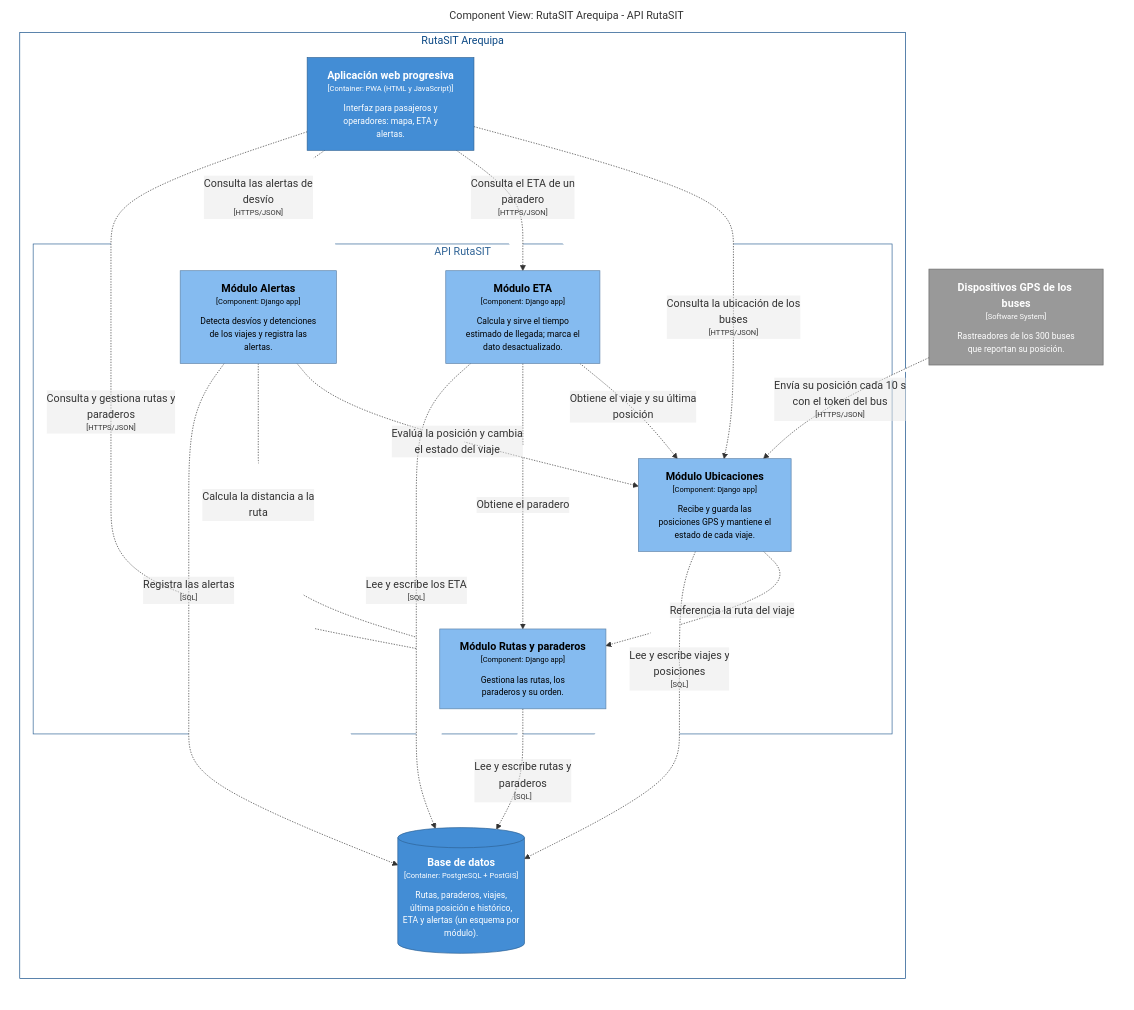
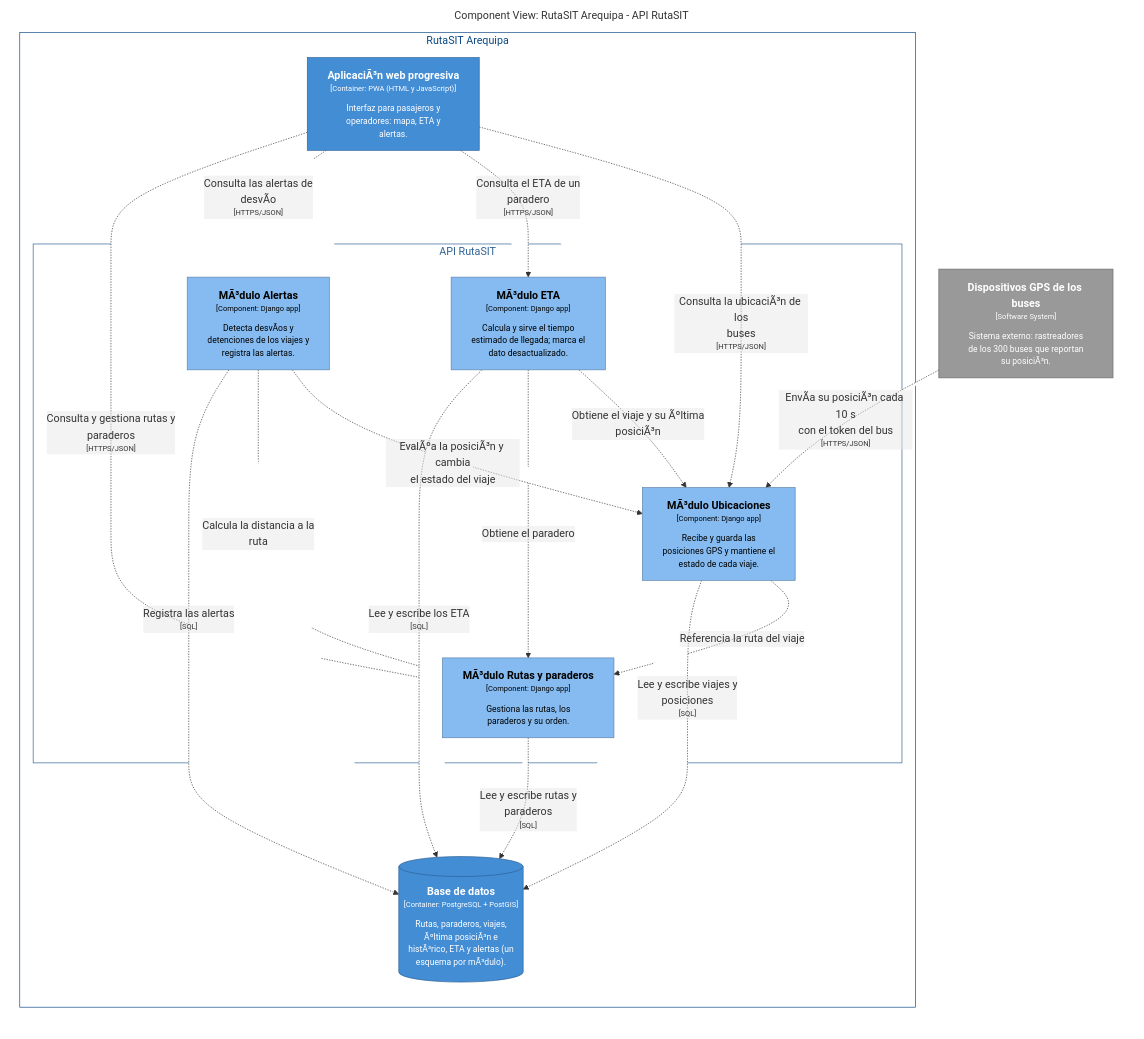
Before and after one commit to Camila-Alarico/cs-2026b-lab04--grupo06: the diagram in docs/architecture/c4/export/structurizr-Componentes.mmd, drawn with Mermaid. The commit also changed 15 other files, not shown here.

```diff
--- a/docs/architecture/c4/export/structurizr-Componentes.mmd
+++ b/docs/architecture/c4/export/structurizr-Componentes.mmd
@@ -1,47 +1,47 @@
 graph LR
   linkStyle default fill:#ffffff
 
   subgraph diagram ["Component View: RutaSIT Arequipa - API RutaSIT"]
     style diagram fill:#ffffff,stroke:#ffffff
 
-    11["<div style='font-weight: bold'>Dispositivos GPS de los buses</div><div style='font-size: 70%; margin-top: 0px'>[Software System]</div><div style='font-size: 80%; margin-top:10px'>Rastreadores de los 300 buses<br />que reportan su posición.</div>"]
+    11["<div style='font-weight: bold'>Dispositivos GPS de los buses</div><div style='font-size: 70%; margin-top: 0px'>[Software System]</div><div style='font-size: 80%; margin-top:10px'>Sistema externo: rastreadores<br />de los 300 buses que reportan<br />su posiciÃ³n.</div>"]
     style 11 fill:#999999,stroke:#6b6b6b,color:#ffffff
 
     subgraph 3 ["RutaSIT Arequipa"]
       style 3 fill:#ffffff,stroke:#0b4884,color:#0b4884
 
       subgraph 5 ["API RutaSIT"]
         style 5 fill:#ffffff,stroke:#2e6295,color:#2e6295
 
-        6["<div style='font-weight: bold'>Módulo Ubicaciones</div><div style='font-size: 70%; margin-top: 0px'>[Component: Django app]</div><div style='font-size: 80%; margin-top:10px'>Recibe y guarda las<br />posiciones GPS y mantiene el<br />estado de cada viaje.</div>"]
+        6["<div style='font-weight: bold'>MÃ³dulo Ubicaciones</div><div style='font-size: 70%; margin-top: 0px'>[Component: Django app]</div><div style='font-size: 80%; margin-top:10px'>Recibe y guarda las<br />posiciones GPS y mantiene el<br />estado de cada viaje.</div>"]
         style 6 fill:#85bbf0,stroke:#5d82a8,color:#000000
-        7["<div style='font-weight: bold'>Módulo Rutas y paraderos</div><div style='font-size: 70%; margin-top: 0px'>[Component: Django app]</div><div style='font-size: 80%; margin-top:10px'>Gestiona las rutas, los<br />paraderos y su orden.</div>"]
+        7["<div style='font-weight: bold'>MÃ³dulo Rutas y paraderos</div><div style='font-size: 70%; margin-top: 0px'>[Component: Django app]</div><div style='font-size: 80%; margin-top:10px'>Gestiona las rutas, los<br />paraderos y su orden.</div>"]
         style 7 fill:#85bbf0,stroke:#5d82a8,color:#000000
-        8["<div style='font-weight: bold'>Módulo ETA</div><div style='font-size: 70%; margin-top: 0px'>[Component: Django app]</div><div style='font-size: 80%; margin-top:10px'>Calcula y sirve el tiempo<br />estimado de llegada; marca el<br />dato desactualizado.</div>"]
+        8["<div style='font-weight: bold'>MÃ³dulo ETA</div><div style='font-size: 70%; margin-top: 0px'>[Component: Django app]</div><div style='font-size: 80%; margin-top:10px'>Calcula y sirve el tiempo<br />estimado de llegada; marca el<br />dato desactualizado.</div>"]
         style 8 fill:#85bbf0,stroke:#5d82a8,color:#000000
-        9["<div style='font-weight: bold'>Módulo Alertas</div><div style='font-size: 70%; margin-top: 0px'>[Component: Django app]</div><div style='font-size: 80%; margin-top:10px'>Detecta desvíos y detenciones<br />de los viajes y registra las<br />alertas.</div>"]
+        9["<div style='font-weight: bold'>MÃ³dulo Alertas</div><div style='font-size: 70%; margin-top: 0px'>[Component: Django app]</div><div style='font-size: 80%; margin-top:10px'>Detecta desvÃ­os y<br />detenciones de los viajes y<br />registra las alertas.</div>"]
         style 9 fill:#85bbf0,stroke:#5d82a8,color:#000000
       end
 
-      10[("<div style='font-weight: bold'>Base de datos</div><div style='font-size: 70%; margin-top: 0px'>[Container: PostgreSQL + PostGIS]</div><div style='font-size: 80%; margin-top:10px'>Rutas, paraderos, viajes,<br />última posición e histórico,<br />ETA y alertas (un esquema por<br />módulo).</div>")]
+      10[("<div style='font-weight: bold'>Base de datos</div><div style='font-size: 70%; margin-top: 0px'>[Container: PostgreSQL + PostGIS]</div><div style='font-size: 80%; margin-top:10px'>Rutas, paraderos, viajes,<br />Ãºltima posiciÃ³n e<br />histÃ³rico, ETA y alertas (un<br />esquema por mÃ³dulo).</div>")]
       style 10 fill:#438dd5,stroke:#2e6295,color:#ffffff
-      4["<div style='font-weight: bold'>Aplicación web progresiva</div><div style='font-size: 70%; margin-top: 0px'>[Container: PWA (HTML y JavaScript)]</div><div style='font-size: 80%; margin-top:10px'>Interfaz para pasajeros y<br />operadores: mapa, ETA y<br />alertas.</div>"]
+      4["<div style='font-weight: bold'>AplicaciÃ³n web progresiva</div><div style='font-size: 70%; margin-top: 0px'>[Container: PWA (HTML y JavaScript)]</div><div style='font-size: 80%; margin-top:10px'>Interfaz para pasajeros y<br />operadores: mapa, ETA y<br />alertas.</div>"]
       style 4 fill:#438dd5,stroke:#2e6295,color:#ffffff
     end
 
-    4-. "<div>Consulta la ubicación de los<br />buses</div><div style='font-size: 70%'>[HTTPS/JSON]</div>" .->6
+    4-. "<div>Consulta la ubicaciÃ³n de los<br />buses</div><div style='font-size: 70%'>[HTTPS/JSON]</div>" .->6
     4-. "<div>Consulta el ETA de un<br />paradero</div><div style='font-size: 70%'>[HTTPS/JSON]</div>" .->8
-    4-. "<div>Consulta las alertas de<br />desvío</div><div style='font-size: 70%'>[HTTPS/JSON]</div>" .->9
+    4-. "<div>Consulta las alertas de<br />desvÃ­o</div><div style='font-size: 70%'>[HTTPS/JSON]</div>" .->9
     4-. "<div>Consulta y gestiona rutas y<br />paraderos</div><div style='font-size: 70%'>[HTTPS/JSON]</div>" .->7
-    11-. "<div>Envía su posición cada 10 s<br />con el token del bus</div><div style='font-size: 70%'>[HTTPS/JSON]</div>" .->6
-    8-. "<div>Obtiene el viaje y su última<br />posición</div><div style='font-size: 70%'></div>" .->6
+    11-. "<div>EnvÃ­a su posiciÃ³n cada 10 s<br />con el token del bus</div><div style='font-size: 70%'>[HTTPS/JSON]</div>" .->6
+    8-. "<div>Obtiene el viaje y su Ãºltima<br />posiciÃ³n</div><div style='font-size: 70%'></div>" .->6
     8-. "<div>Obtiene el paradero</div><div style='font-size: 70%'></div>" .->7
-    9-. "<div>Evalúa la posición y cambia<br />el estado del viaje</div><div style='font-size: 70%'></div>" .->6
+    9-. "<div>EvalÃºa la posiciÃ³n y cambia<br />el estado del viaje</div><div style='font-size: 70%'></div>" .->6
     9-. "<div>Calcula la distancia a la<br />ruta</div><div style='font-size: 70%'></div>" .->7
     6-. "<div>Referencia la ruta del viaje</div><div style='font-size: 70%'></div>" .->7
     6-. "<div>Lee y escribe viajes y<br />posiciones</div><div style='font-size: 70%'>[SQL]</div>" .->10
     8-. "<div>Lee y escribe los ETA</div><div style='font-size: 70%'>[SQL]</div>" .->10
     9-. "<div>Registra las alertas</div><div style='font-size: 70%'>[SQL]</div>" .->10
     7-. "<div>Lee y escribe rutas y<br />paraderos</div><div style='font-size: 70%'>[SQL]</div>" .->10
 
   end
```
